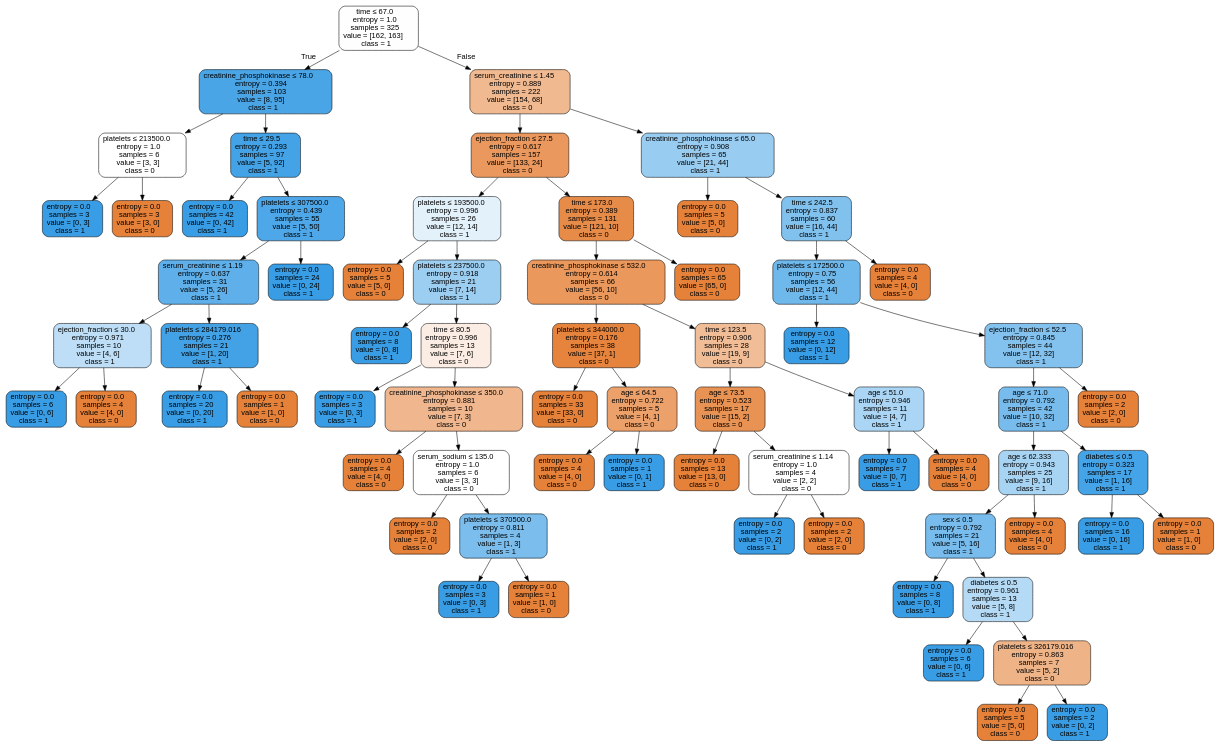
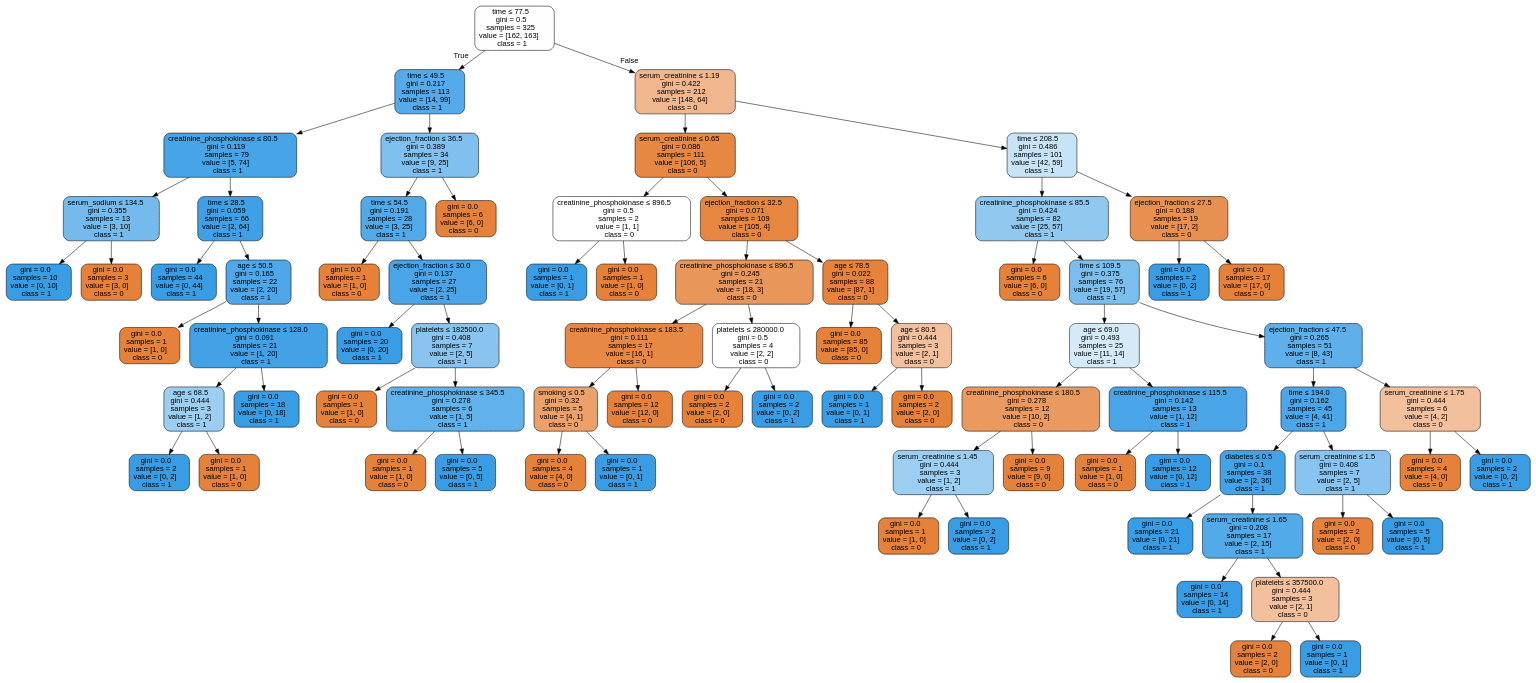
Before and after one commit to isabelSoares/CD-2021: the diagram in Labs/NewClassifiers/Results/DecisionTrees/OverSample/ - No Outliers/HFCR - OverSample - dtree.dot, drawn with Graphviz. The commit also changed 275 other files, not shown here.

```diff
--- a/Labs/NewClassifiers/Results/DecisionTrees/OverSample/ - No Outliers/HFCR - OverSample - dtree.dot
+++ b/Labs/NewClassifiers/Results/DecisionTrees/OverSample/ - No Outliers/HFCR - OverSample - dtree.dot
@@ -1,141 +1,157 @@
 digraph Tree {
 node [shape=box, style="filled, rounded", color="black", fontname=helvetica] ;
 edge [fontname=helvetica] ;
-0 [label=<time &le; 67.0<br/>entropy = 1.0<br/>samples = 325<br/>value = [162, 163]<br/>class = 1>, fillcolor="#fefeff"] ;
-1 [label=<creatinine_phosphokinase &le; 78.0<br/>entropy = 0.394<br/>samples = 103<br/>value = [8, 95]<br/>class = 1>, fillcolor="#4aa5e7"] ;
+0 [label=<time &le; 77.5<br/>gini = 0.5<br/>samples = 325<br/>value = [162, 163]<br/>class = 1>, fillcolor="#fefeff"] ;
+1 [label=<time &le; 49.5<br/>gini = 0.217<br/>samples = 113<br/>value = [14, 99]<br/>class = 1>, fillcolor="#55abe9"] ;
 0 -> 1 [labeldistance=2.5, labelangle=45, headlabel="True"] ;
-2 [label=<platelets &le; 213500.0<br/>entropy = 1.0<br/>samples = 6<br/>value = [3, 3]<br/>class = 0>, fillcolor="#ffffff"] ;
+2 [label=<creatinine_phosphokinase &le; 80.5<br/>gini = 0.119<br/>samples = 79<br/>value = [5, 74]<br/>class = 1>, fillcolor="#46a4e7"] ;
 1 -> 2 ;
-3 [label=<entropy = 0.0<br/>samples = 3<br/>value = [0, 3]<br/>class = 1>, fillcolor="#399de5"] ;
+3 [label=<serum_sodium &le; 134.5<br/>gini = 0.355<br/>samples = 13<br/>value = [3, 10]<br/>class = 1>, fillcolor="#74baed"] ;
 2 -> 3 ;
-4 [label=<entropy = 0.0<br/>samples = 3<br/>value = [3, 0]<br/>class = 0>, fillcolor="#e58139"] ;
-2 -> 4 ;
-5 [label=<time &le; 29.5<br/>entropy = 0.293<br/>samples = 97<br/>value = [5, 92]<br/>class = 1>, fillcolor="#44a2e6"] ;
-1 -> 5 ;
-6 [label=<entropy = 0.0<br/>samples = 42<br/>value = [0, 42]<br/>class = 1>, fillcolor="#399de5"] ;
-5 -> 6 ;
-7 [label=<platelets &le; 307500.0<br/>entropy = 0.439<br/>samples = 55<br/>value = [5, 50]<br/>class = 1>, fillcolor="#4da7e8"] ;
-5 -> 7 ;
-8 [label=<serum_creatinine &le; 1.19<br/>entropy = 0.637<br/>samples = 31<br/>value = [5, 26]<br/>class = 1>, fillcolor="#5fb0ea"] ;
-7 -> 8 ;
-9 [label=<ejection_fraction &le; 30.0<br/>entropy = 0.971<br/>samples = 10<br/>value = [4, 6]<br/>class = 1>, fillcolor="#bddef6"] ;
+4 [label=<gini = 0.0<br/>samples = 10<br/>value = [0, 10]<br/>class = 1>, fillcolor="#399de5"] ;
+3 -> 4 ;
+5 [label=<gini = 0.0<br/>samples = 3<br/>value = [3, 0]<br/>class = 0>, fillcolor="#e58139"] ;
+3 -> 5 ;
+6 [label=<time &le; 28.5<br/>gini = 0.059<br/>samples = 66<br/>value = [2, 64]<br/>class = 1>, fillcolor="#3fa0e6"] ;
+2 -> 6 ;
+7 [label=<gini = 0.0<br/>samples = 44<br/>value = [0, 44]<br/>class = 1>, fillcolor="#399de5"] ;
+6 -> 7 ;
+8 [label=<age &le; 50.5<br/>gini = 0.165<br/>samples = 22<br/>value = [2, 20]<br/>class = 1>, fillcolor="#4da7e8"] ;
+6 -> 8 ;
+9 [label=<gini = 0.0<br/>samples = 1<br/>value = [1, 0]<br/>class = 0>, fillcolor="#e58139"] ;
 8 -> 9 ;
-10 [label=<entropy = 0.0<br/>samples = 6<br/>value = [0, 6]<br/>class = 1>, fillcolor="#399de5"] ;
-9 -> 10 ;
-11 [label=<entropy = 0.0<br/>samples = 4<br/>value = [4, 0]<br/>class = 0>, fillcolor="#e58139"] ;
-9 -> 11 ;
-12 [label=<platelets &le; 284179.016<br/>entropy = 0.276<br/>samples = 21<br/>value = [1, 20]<br/>class = 1>, fillcolor="#43a2e6"] ;
-8 -> 12 ;
-13 [label=<entropy = 0.0<br/>samples = 20<br/>value = [0, 20]<br/>class = 1>, fillcolor="#399de5"] ;
-12 -> 13 ;
-14 [label=<entropy = 0.0<br/>samples = 1<br/>value = [1, 0]<br/>class = 0>, fillcolor="#e58139"] ;
-12 -> 14 ;
-15 [label=<entropy = 0.0<br/>samples = 24<br/>value = [0, 24]<br/>class = 1>, fillcolor="#399de5"] ;
-7 -> 15 ;
-16 [label=<serum_creatinine &le; 1.45<br/>entropy = 0.889<br/>samples = 222<br/>value = [154, 68]<br/>class = 0>, fillcolor="#f0b990"] ;
-0 -> 16 [labeldistance=2.5, labelangle=-45, headlabel="False"] ;
-17 [label=<ejection_fraction &le; 27.5<br/>entropy = 0.617<br/>samples = 157<br/>value = [133, 24]<br/>class = 0>, fillcolor="#ea985d"] ;
+10 [label=<creatinine_phosphokinase &le; 128.0<br/>gini = 0.091<br/>samples = 21<br/>value = [1, 20]<br/>class = 1>, fillcolor="#43a2e6"] ;
+8 -> 10 ;
+11 [label=<age &le; 68.5<br/>gini = 0.444<br/>samples = 3<br/>value = [1, 2]<br/>class = 1>, fillcolor="#9ccef2"] ;
+10 -> 11 ;
+12 [label=<gini = 0.0<br/>samples = 2<br/>value = [0, 2]<br/>class = 1>, fillcolor="#399de5"] ;
+11 -> 12 ;
+13 [label=<gini = 0.0<br/>samples = 1<br/>value = [1, 0]<br/>class = 0>, fillcolor="#e58139"] ;
+11 -> 13 ;
+14 [label=<gini = 0.0<br/>samples = 18<br/>value = [0, 18]<br/>class = 1>, fillcolor="#399de5"] ;
+10 -> 14 ;
+15 [label=<ejection_fraction &le; 36.5<br/>gini = 0.389<br/>samples = 34<br/>value = [9, 25]<br/>class = 1>, fillcolor="#80c0ee"] ;
+1 -> 15 ;
+16 [label=<time &le; 54.5<br/>gini = 0.191<br/>samples = 28<br/>value = [3, 25]<br/>class = 1>, fillcolor="#51a9e8"] ;
+15 -> 16 ;
+17 [label=<gini = 0.0<br/>samples = 1<br/>value = [1, 0]<br/>class = 0>, fillcolor="#e58139"] ;
 16 -> 17 ;
-18 [label=<platelets &le; 193500.0<br/>entropy = 0.996<br/>samples = 26<br/>value = [12, 14]<br/>class = 1>, fillcolor="#e3f1fb"] ;
-17 -> 18 ;
-19 [label=<entropy = 0.0<br/>samples = 5<br/>value = [5, 0]<br/>class = 0>, fillcolor="#e58139"] ;
+18 [label=<ejection_fraction &le; 30.0<br/>gini = 0.137<br/>samples = 27<br/>value = [2, 25]<br/>class = 1>, fillcolor="#49a5e7"] ;
+16 -> 18 ;
+19 [label=<gini = 0.0<br/>samples = 20<br/>value = [0, 20]<br/>class = 1>, fillcolor="#399de5"] ;
 18 -> 19 ;
-20 [label=<platelets &le; 237500.0<br/>entropy = 0.918<br/>samples = 21<br/>value = [7, 14]<br/>class = 1>, fillcolor="#9ccef2"] ;
+20 [label=<platelets &le; 182500.0<br/>gini = 0.408<br/>samples = 7<br/>value = [2, 5]<br/>class = 1>, fillcolor="#88c4ef"] ;
 18 -> 20 ;
-21 [label=<entropy = 0.0<br/>samples = 8<br/>value = [0, 8]<br/>class = 1>, fillcolor="#399de5"] ;
+21 [label=<gini = 0.0<br/>samples = 1<br/>value = [1, 0]<br/>class = 0>, fillcolor="#e58139"] ;
 20 -> 21 ;
-22 [label=<time &le; 80.5<br/>entropy = 0.996<br/>samples = 13<br/>value = [7, 6]<br/>class = 0>, fillcolor="#fbede3"] ;
+22 [label=<creatinine_phosphokinase &le; 345.5<br/>gini = 0.278<br/>samples = 6<br/>value = [1, 5]<br/>class = 1>, fillcolor="#61b1ea"] ;
 20 -> 22 ;
-23 [label=<entropy = 0.0<br/>samples = 3<br/>value = [0, 3]<br/>class = 1>, fillcolor="#399de5"] ;
+23 [label=<gini = 0.0<br/>samples = 1<br/>value = [1, 0]<br/>class = 0>, fillcolor="#e58139"] ;
 22 -> 23 ;
-24 [label=<creatinine_phosphokinase &le; 350.0<br/>entropy = 0.881<br/>samples = 10<br/>value = [7, 3]<br/>class = 0>, fillcolor="#f0b78e"] ;
+24 [label=<gini = 0.0<br/>samples = 5<br/>value = [0, 5]<br/>class = 1>, fillcolor="#399de5"] ;
 22 -> 24 ;
-25 [label=<entropy = 0.0<br/>samples = 4<br/>value = [4, 0]<br/>class = 0>, fillcolor="#e58139"] ;
-24 -> 25 ;
-26 [label=<serum_sodium &le; 135.0<br/>entropy = 1.0<br/>samples = 6<br/>value = [3, 3]<br/>class = 0>, fillcolor="#ffffff"] ;
-24 -> 26 ;
-27 [label=<entropy = 0.0<br/>samples = 2<br/>value = [2, 0]<br/>class = 0>, fillcolor="#e58139"] ;
+25 [label=<gini = 0.0<br/>samples = 6<br/>value = [6, 0]<br/>class = 0>, fillcolor="#e58139"] ;
+15 -> 25 ;
+26 [label=<serum_creatinine &le; 1.19<br/>gini = 0.422<br/>samples = 212<br/>value = [148, 64]<br/>class = 0>, fillcolor="#f0b78f"] ;
+0 -> 26 [labeldistance=2.5, labelangle=-45, headlabel="False"] ;
+27 [label=<serum_creatinine &le; 0.65<br/>gini = 0.086<br/>samples = 111<br/>value = [106, 5]<br/>class = 0>, fillcolor="#e68742"] ;
 26 -> 27 ;
-28 [label=<platelets &le; 370500.0<br/>entropy = 0.811<br/>samples = 4<br/>value = [1, 3]<br/>class = 1>, fillcolor="#7bbeee"] ;
-26 -> 28 ;
-29 [label=<entropy = 0.0<br/>samples = 3<br/>value = [0, 3]<br/>class = 1>, fillcolor="#399de5"] ;
+28 [label=<creatinine_phosphokinase &le; 896.5<br/>gini = 0.5<br/>samples = 2<br/>value = [1, 1]<br/>class = 0>, fillcolor="#ffffff"] ;
+27 -> 28 ;
+29 [label=<gini = 0.0<br/>samples = 1<br/>value = [0, 1]<br/>class = 1>, fillcolor="#399de5"] ;
 28 -> 29 ;
-30 [label=<entropy = 0.0<br/>samples = 1<br/>value = [1, 0]<br/>class = 0>, fillcolor="#e58139"] ;
+30 [label=<gini = 0.0<br/>samples = 1<br/>value = [1, 0]<br/>class = 0>, fillcolor="#e58139"] ;
 28 -> 30 ;
-31 [label=<time &le; 173.0<br/>entropy = 0.389<br/>samples = 131<br/>value = [121, 10]<br/>class = 0>, fillcolor="#e78b49"] ;
-17 -> 31 ;
-32 [label=<creatinine_phosphokinase &le; 532.0<br/>entropy = 0.614<br/>samples = 66<br/>value = [56, 10]<br/>class = 0>, fillcolor="#ea985c"] ;
+31 [label=<ejection_fraction &le; 32.5<br/>gini = 0.071<br/>samples = 109<br/>value = [105, 4]<br/>class = 0>, fillcolor="#e68641"] ;
+27 -> 31 ;
+32 [label=<creatinine_phosphokinase &le; 896.5<br/>gini = 0.245<br/>samples = 21<br/>value = [18, 3]<br/>class = 0>, fillcolor="#e9965a"] ;
 31 -> 32 ;
-33 [label=<platelets &le; 344000.0<br/>entropy = 0.176<br/>samples = 38<br/>value = [37, 1]<br/>class = 0>, fillcolor="#e6843e"] ;
+33 [label=<creatinine_phosphokinase &le; 183.5<br/>gini = 0.111<br/>samples = 17<br/>value = [16, 1]<br/>class = 0>, fillcolor="#e78945"] ;
 32 -> 33 ;
-34 [label=<entropy = 0.0<br/>samples = 33<br/>value = [33, 0]<br/>class = 0>, fillcolor="#e58139"] ;
+34 [label=<smoking &le; 0.5<br/>gini = 0.32<br/>samples = 5<br/>value = [4, 1]<br/>class = 0>, fillcolor="#eca06a"] ;
 33 -> 34 ;
-35 [label=<age &le; 64.5<br/>entropy = 0.722<br/>samples = 5<br/>value = [4, 1]<br/>class = 0>, fillcolor="#eca06a"] ;
-33 -> 35 ;
-36 [label=<entropy = 0.0<br/>samples = 4<br/>value = [4, 0]<br/>class = 0>, fillcolor="#e58139"] ;
-35 -> 36 ;
-37 [label=<entropy = 0.0<br/>samples = 1<br/>value = [0, 1]<br/>class = 1>, fillcolor="#399de5"] ;
-35 -> 37 ;
-38 [label=<time &le; 123.5<br/>entropy = 0.906<br/>samples = 28<br/>value = [19, 9]<br/>class = 0>, fillcolor="#f1bd97"] ;
+35 [label=<gini = 0.0<br/>samples = 4<br/>value = [4, 0]<br/>class = 0>, fillcolor="#e58139"] ;
+34 -> 35 ;
+36 [label=<gini = 0.0<br/>samples = 1<br/>value = [0, 1]<br/>class = 1>, fillcolor="#399de5"] ;
+34 -> 36 ;
+37 [label=<gini = 0.0<br/>samples = 12<br/>value = [12, 0]<br/>class = 0>, fillcolor="#e58139"] ;
+33 -> 37 ;
+38 [label=<platelets &le; 280000.0<br/>gini = 0.5<br/>samples = 4<br/>value = [2, 2]<br/>class = 0>, fillcolor="#ffffff"] ;
 32 -> 38 ;
-39 [label=<age &le; 73.5<br/>entropy = 0.523<br/>samples = 17<br/>value = [15, 2]<br/>class = 0>, fillcolor="#e89253"] ;
+39 [label=<gini = 0.0<br/>samples = 2<br/>value = [2, 0]<br/>class = 0>, fillcolor="#e58139"] ;
 38 -> 39 ;
-40 [label=<entropy = 0.0<br/>samples = 13<br/>value = [13, 0]<br/>class = 0>, fillcolor="#e58139"] ;
-39 -> 40 ;
-41 [label=<serum_creatinine &le; 1.14<br/>entropy = 1.0<br/>samples = 4<br/>value = [2, 2]<br/>class = 0>, fillcolor="#ffffff"] ;
-39 -> 41 ;
-42 [label=<entropy = 0.0<br/>samples = 2<br/>value = [0, 2]<br/>class = 1>, fillcolor="#399de5"] ;
+40 [label=<gini = 0.0<br/>samples = 2<br/>value = [0, 2]<br/>class = 1>, fillcolor="#399de5"] ;
+38 -> 40 ;
+41 [label=<age &le; 78.5<br/>gini = 0.022<br/>samples = 88<br/>value = [87, 1]<br/>class = 0>, fillcolor="#e5823b"] ;
+31 -> 41 ;
+42 [label=<gini = 0.0<br/>samples = 85<br/>value = [85, 0]<br/>class = 0>, fillcolor="#e58139"] ;
 41 -> 42 ;
-43 [label=<entropy = 0.0<br/>samples = 2<br/>value = [2, 0]<br/>class = 0>, fillcolor="#e58139"] ;
+43 [label=<age &le; 80.5<br/>gini = 0.444<br/>samples = 3<br/>value = [2, 1]<br/>class = 0>, fillcolor="#f2c09c"] ;
 41 -> 43 ;
-44 [label=<age &le; 51.0<br/>entropy = 0.946<br/>samples = 11<br/>value = [4, 7]<br/>class = 1>, fillcolor="#aad5f4"] ;
-38 -> 44 ;
-45 [label=<entropy = 0.0<br/>samples = 7<br/>value = [0, 7]<br/>class = 1>, fillcolor="#399de5"] ;
-44 -> 45 ;
-46 [label=<entropy = 0.0<br/>samples = 4<br/>value = [4, 0]<br/>class = 0>, fillcolor="#e58139"] ;
-44 -> 46 ;
-47 [label=<entropy = 0.0<br/>samples = 65<br/>value = [65, 0]<br/>class = 0>, fillcolor="#e58139"] ;
-31 -> 47 ;
-48 [label=<creatinine_phosphokinase &le; 65.0<br/>entropy = 0.908<br/>samples = 65<br/>value = [21, 44]<br/>class = 1>, fillcolor="#98ccf1"] ;
-16 -> 48 ;
-49 [label=<entropy = 0.0<br/>samples = 5<br/>value = [5, 0]<br/>class = 0>, fillcolor="#e58139"] ;
-48 -> 49 ;
-50 [label=<time &le; 242.5<br/>entropy = 0.837<br/>samples = 60<br/>value = [16, 44]<br/>class = 1>, fillcolor="#81c1ee"] ;
-48 -> 50 ;
-51 [label=<platelets &le; 172500.0<br/>entropy = 0.75<br/>samples = 56<br/>value = [12, 44]<br/>class = 1>, fillcolor="#6fb8ec"] ;
+44 [label=<gini = 0.0<br/>samples = 1<br/>value = [0, 1]<br/>class = 1>, fillcolor="#399de5"] ;
+43 -> 44 ;
+45 [label=<gini = 0.0<br/>samples = 2<br/>value = [2, 0]<br/>class = 0>, fillcolor="#e58139"] ;
+43 -> 45 ;
+46 [label=<time &le; 208.5<br/>gini = 0.486<br/>samples = 101<br/>value = [42, 59]<br/>class = 1>, fillcolor="#c6e3f8"] ;
+26 -> 46 ;
+47 [label=<creatinine_phosphokinase &le; 85.5<br/>gini = 0.424<br/>samples = 82<br/>value = [25, 57]<br/>class = 1>, fillcolor="#90c8f0"] ;
+46 -> 47 ;
+48 [label=<gini = 0.0<br/>samples = 6<br/>value = [6, 0]<br/>class = 0>, fillcolor="#e58139"] ;
+47 -> 48 ;
+49 [label=<time &le; 109.5<br/>gini = 0.375<br/>samples = 76<br/>value = [19, 57]<br/>class = 1>, fillcolor="#7bbeee"] ;
+47 -> 49 ;
+50 [label=<age &le; 69.0<br/>gini = 0.493<br/>samples = 25<br/>value = [11, 14]<br/>class = 1>, fillcolor="#d5eaf9"] ;
+49 -> 50 ;
+51 [label=<creatinine_phosphokinase &le; 180.5<br/>gini = 0.278<br/>samples = 12<br/>value = [10, 2]<br/>class = 0>, fillcolor="#ea9a61"] ;
 50 -> 51 ;
-52 [label=<entropy = 0.0<br/>samples = 12<br/>value = [0, 12]<br/>class = 1>, fillcolor="#399de5"] ;
+52 [label=<serum_creatinine &le; 1.45<br/>gini = 0.444<br/>samples = 3<br/>value = [1, 2]<br/>class = 1>, fillcolor="#9ccef2"] ;
 51 -> 52 ;
-53 [label=<ejection_fraction &le; 52.5<br/>entropy = 0.845<br/>samples = 44<br/>value = [12, 32]<br/>class = 1>, fillcolor="#83c2ef"] ;
-51 -> 53 ;
-54 [label=<age &le; 71.0<br/>entropy = 0.792<br/>samples = 42<br/>value = [10, 32]<br/>class = 1>, fillcolor="#77bced"] ;
-53 -> 54 ;
-55 [label=<age &le; 62.333<br/>entropy = 0.943<br/>samples = 25<br/>value = [9, 16]<br/>class = 1>, fillcolor="#a8d4f4"] ;
-54 -> 55 ;
-56 [label=<sex &le; 0.5<br/>entropy = 0.792<br/>samples = 21<br/>value = [5, 16]<br/>class = 1>, fillcolor="#77bced"] ;
-55 -> 56 ;
-57 [label=<entropy = 0.0<br/>samples = 8<br/>value = [0, 8]<br/>class = 1>, fillcolor="#399de5"] ;
+53 [label=<gini = 0.0<br/>samples = 1<br/>value = [1, 0]<br/>class = 0>, fillcolor="#e58139"] ;
+52 -> 53 ;
+54 [label=<gini = 0.0<br/>samples = 2<br/>value = [0, 2]<br/>class = 1>, fillcolor="#399de5"] ;
+52 -> 54 ;
+55 [label=<gini = 0.0<br/>samples = 9<br/>value = [9, 0]<br/>class = 0>, fillcolor="#e58139"] ;
+51 -> 55 ;
+56 [label=<creatinine_phosphokinase &le; 115.5<br/>gini = 0.142<br/>samples = 13<br/>value = [1, 12]<br/>class = 1>, fillcolor="#49a5e7"] ;
+50 -> 56 ;
+57 [label=<gini = 0.0<br/>samples = 1<br/>value = [1, 0]<br/>class = 0>, fillcolor="#e58139"] ;
 56 -> 57 ;
-58 [label=<diabetes &le; 0.5<br/>entropy = 0.961<br/>samples = 13<br/>value = [5, 8]<br/>class = 1>, fillcolor="#b5daf5"] ;
+58 [label=<gini = 0.0<br/>samples = 12<br/>value = [0, 12]<br/>class = 1>, fillcolor="#399de5"] ;
 56 -> 58 ;
-59 [label=<entropy = 0.0<br/>samples = 6<br/>value = [0, 6]<br/>class = 1>, fillcolor="#399de5"] ;
-58 -> 59 ;
-60 [label=<platelets &le; 326179.016<br/>entropy = 0.863<br/>samples = 7<br/>value = [5, 2]<br/>class = 0>, fillcolor="#efb388"] ;
-58 -> 60 ;
-61 [label=<entropy = 0.0<br/>samples = 5<br/>value = [5, 0]<br/>class = 0>, fillcolor="#e58139"] ;
+59 [label=<ejection_fraction &le; 47.5<br/>gini = 0.265<br/>samples = 51<br/>value = [8, 43]<br/>class = 1>, fillcolor="#5eafea"] ;
+49 -> 59 ;
+60 [label=<time &le; 194.0<br/>gini = 0.162<br/>samples = 45<br/>value = [4, 41]<br/>class = 1>, fillcolor="#4ca7e8"] ;
+59 -> 60 ;
+61 [label=<diabetes &le; 0.5<br/>gini = 0.1<br/>samples = 38<br/>value = [2, 36]<br/>class = 1>, fillcolor="#44a2e6"] ;
 60 -> 61 ;
-62 [label=<entropy = 0.0<br/>samples = 2<br/>value = [0, 2]<br/>class = 1>, fillcolor="#399de5"] ;
-60 -> 62 ;
-63 [label=<entropy = 0.0<br/>samples = 4<br/>value = [4, 0]<br/>class = 0>, fillcolor="#e58139"] ;
-55 -> 63 ;
-64 [label=<diabetes &le; 0.5<br/>entropy = 0.323<br/>samples = 17<br/>value = [1, 16]<br/>class = 1>, fillcolor="#45a3e7"] ;
-54 -> 64 ;
-65 [label=<entropy = 0.0<br/>samples = 16<br/>value = [0, 16]<br/>class = 1>, fillcolor="#399de5"] ;
-64 -> 65 ;
-66 [label=<entropy = 0.0<br/>samples = 1<br/>value = [1, 0]<br/>class = 0>, fillcolor="#e58139"] ;
-64 -> 66 ;
-67 [label=<entropy = 0.0<br/>samples = 2<br/>value = [2, 0]<br/>class = 0>, fillcolor="#e58139"] ;
-53 -> 67 ;
-68 [label=<entropy = 0.0<br/>samples = 4<br/>value = [4, 0]<br/>class = 0>, fillcolor="#e58139"] ;
-50 -> 68 ;
+62 [label=<gini = 0.0<br/>samples = 21<br/>value = [0, 21]<br/>class = 1>, fillcolor="#399de5"] ;
+61 -> 62 ;
+63 [label=<serum_creatinine &le; 1.65<br/>gini = 0.208<br/>samples = 17<br/>value = [2, 15]<br/>class = 1>, fillcolor="#53aae8"] ;
+61 -> 63 ;
+64 [label=<gini = 0.0<br/>samples = 14<br/>value = [0, 14]<br/>class = 1>, fillcolor="#399de5"] ;
+63 -> 64 ;
+65 [label=<platelets &le; 357500.0<br/>gini = 0.444<br/>samples = 3<br/>value = [2, 1]<br/>class = 0>, fillcolor="#f2c09c"] ;
+63 -> 65 ;
+66 [label=<gini = 0.0<br/>samples = 2<br/>value = [2, 0]<br/>class = 0>, fillcolor="#e58139"] ;
+65 -> 66 ;
+67 [label=<gini = 0.0<br/>samples = 1<br/>value = [0, 1]<br/>class = 1>, fillcolor="#399de5"] ;
+65 -> 67 ;
+68 [label=<serum_creatinine &le; 1.5<br/>gini = 0.408<br/>samples = 7<br/>value = [2, 5]<br/>class = 1>, fillcolor="#88c4ef"] ;
+60 -> 68 ;
+69 [label=<gini = 0.0<br/>samples = 2<br/>value = [2, 0]<br/>class = 0>, fillcolor="#e58139"] ;
+68 -> 69 ;
+70 [label=<gini = 0.0<br/>samples = 5<br/>value = [0, 5]<br/>class = 1>, fillcolor="#399de5"] ;
+68 -> 70 ;
+71 [label=<serum_creatinine &le; 1.75<br/>gini = 0.444<br/>samples = 6<br/>value = [4, 2]<br/>class = 0>, fillcolor="#f2c09c"] ;
+59 -> 71 ;
+72 [label=<gini = 0.0<br/>samples = 4<br/>value = [4, 0]<br/>class = 0>, fillcolor="#e58139"] ;
+71 -> 72 ;
+73 [label=<gini = 0.0<br/>samples = 2<br/>value = [0, 2]<br/>class = 1>, fillcolor="#399de5"] ;
+71 -> 73 ;
+74 [label=<ejection_fraction &le; 27.5<br/>gini = 0.188<br/>samples = 19<br/>value = [17, 2]<br/>class = 0>, fillcolor="#e89050"] ;
+46 -> 74 ;
+75 [label=<gini = 0.0<br/>samples = 2<br/>value = [0, 2]<br/>class = 1>, fillcolor="#399de5"] ;
+74 -> 75 ;
+76 [label=<gini = 0.0<br/>samples = 17<br/>value = [17, 0]<br/>class = 0>, fillcolor="#e58139"] ;
+74 -> 76 ;
 }
```
